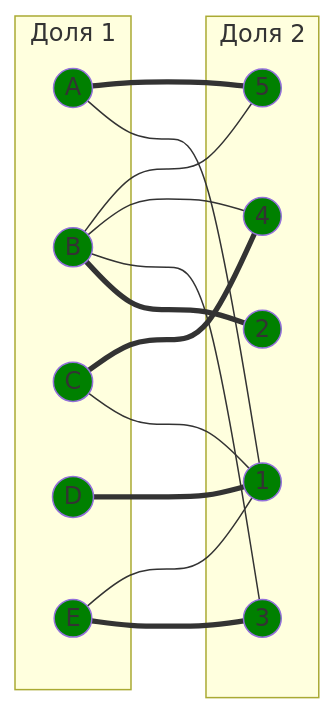
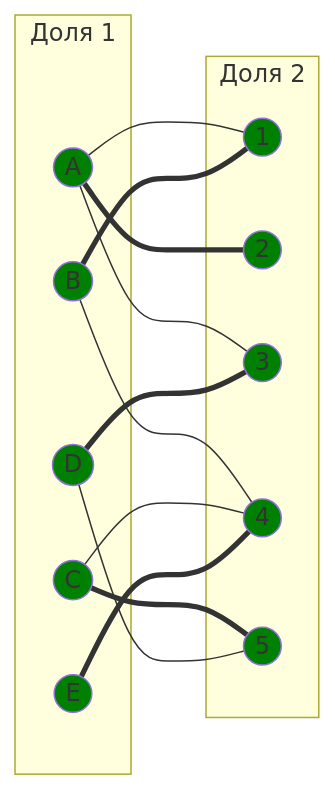
One commit to algos-ris-24-5/manual-tasks changed diagram 12 of 13 in Задание 8/TeamSpirit.md. Above: the diagram before and after it, drawn with Mermaid. The commit also changed other lines of this file, not shown here.

````diff
--- a/Задание 8/TeamSpirit.md
+++ b/Задание 8/TeamSpirit.md
@@ -194,40 +445,39 @@
 ```mermaid
 graph LR
     subgraph "Доля 1"
         A((A))
         B((B))
         C((C))
         D((D))
         E((E))
     end
     subgraph "Доля 2"
         1((1))
         2((2))
         3((3))
         4((4))
         5((5))
     end
     A --- 1
-    A === 5
-    B === 2
-    B --- 3
+    A === 2
+    A --- 3
+    B === 1
     B --- 4
-    B --- 5
-    C --- 1
-    C === 4
-    D === 1
-    E === 3
-    E --- 1
+    C --- 4
+    C === 5
+    E === 4
+    D === 3
+    D --- 5
 
 
     style A fill:#008000
+    style E fill:#008000
+    style C fill:#008000
     style B fill:#008000
-    style C fill:#008000
+    style 5 fill:#008000
+    style 2 fill:#008000
+    style 4 fill:#008000
+    style 1 fill:#008000
     style D fill:#008000
-    style E fill:#008000
-    style 1 fill:#008000
-    style 2 fill:#008000
     style 3 fill:#008000
-    style 4 fill:#008000
-    style 5 fill:#008000
 ```
````
